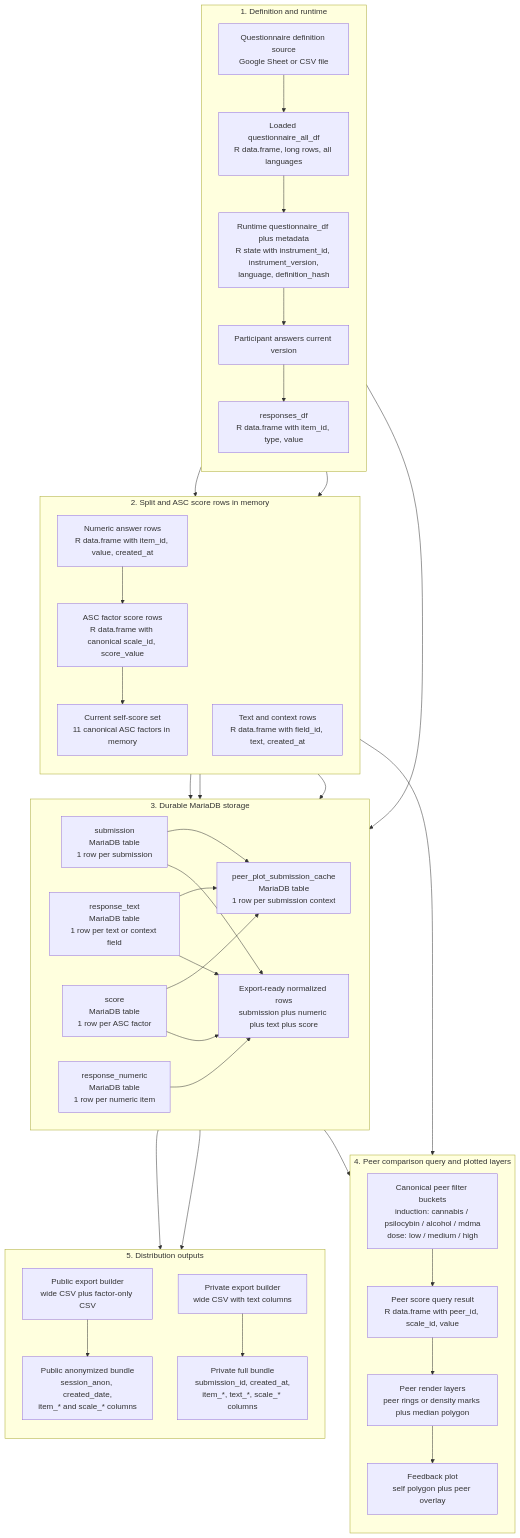
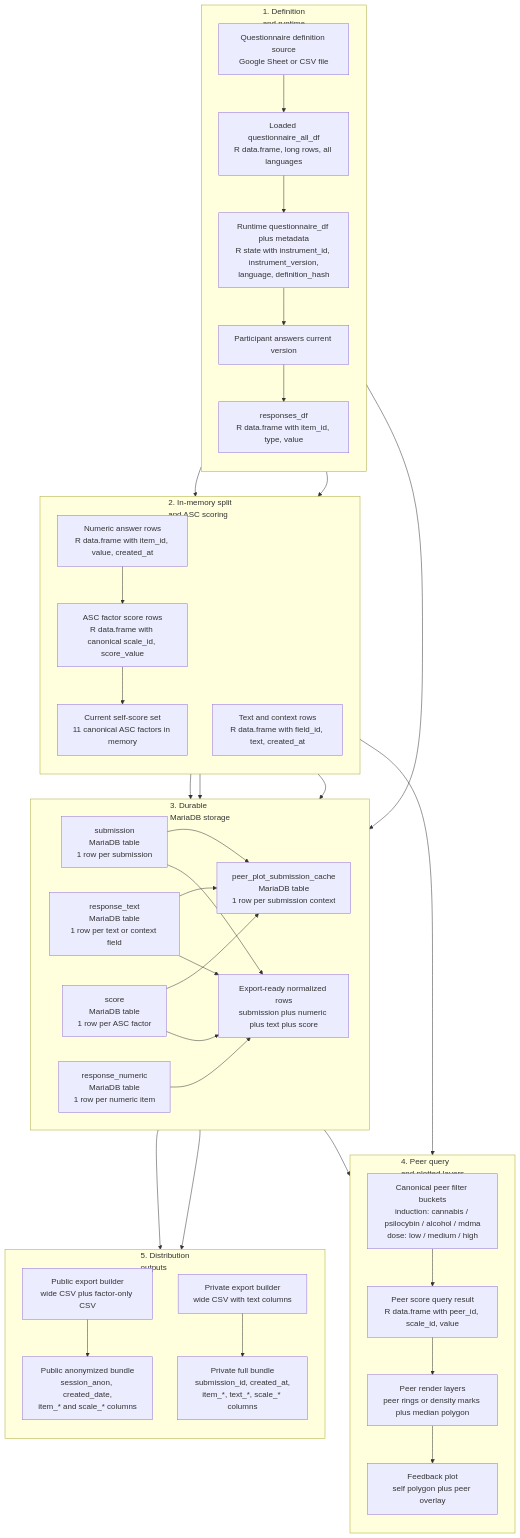
One commit to MesmerPrism/axp-mvp-survey-guide changed the diagram in docs/diagrams/value-lifecycle.mmd. Above: the diagram before and after it, drawn with Mermaid. The commit also changed 2 other files, not shown here.

Commit message:
Improve mermaid cluster headers

```diff
--- a/docs/diagrams/value-lifecycle.mmd
+++ b/docs/diagrams/value-lifecycle.mmd
@@ -1,82 +1,82 @@
 flowchart TD
-  subgraph Definition["1. Definition and runtime"]
+  subgraph Definition["1. Definition<br/>and runtime"]
     direction TB
     A["Questionnaire definition source<br/>Google Sheet or CSV file"] --> B["Loaded questionnaire_all_df<br/>R data.frame, long rows, all languages"]
     B --> C["Runtime questionnaire_df plus metadata<br/>R state with instrument_id, instrument_version,<br/>language, definition_hash"]
     C --> D["Participant answers current version"]
     D --> E["responses_df<br/>R data.frame with item_id, type, value"]
   end
 
-  subgraph Derived["2. Split and ASC score rows in memory"]
+  subgraph Derived["2. In-memory split<br/>and ASC scoring"]
     direction TB
     E --> F["Numeric answer rows<br/>R data.frame with item_id, value, created_at"]
     E --> G["Text and context rows<br/>R data.frame with field_id, text, created_at"]
     F --> H["ASC factor score rows<br/>R data.frame with canonical scale_id, score_value"]
     H --> I["Current self-score set<br/>11 canonical ASC factors in memory"]
   end
 
-  subgraph Store["3. Durable MariaDB storage"]
+  subgraph Store["3. Durable<br/>MariaDB storage"]
     direction LR
     K["submission<br/>MariaDB table<br/>1 row per submission"]
     L["response_numeric<br/>MariaDB table<br/>1 row per numeric item"]
     M["response_text<br/>MariaDB table<br/>1 row per text or context field"]
     N["score<br/>MariaDB table<br/>1 row per ASC factor"]
     O["peer_plot_submission_cache<br/>MariaDB table<br/>1 row per submission context"]
     X["Export-ready normalized rows<br/>submission plus numeric plus text plus score"]
 
     D --> K
     F --> L
     G --> M
     H --> N
     K --> O
     M --> O
     N --> O
     K --> X
     L --> X
     M --> X
     N --> X
   end
 
-  subgraph Peer["4. Peer comparison query and plotted layers"]
+  subgraph Peer["4. Peer query<br/>and plotted layers"]
     direction TB
     P["Canonical peer filter buckets<br/>induction: cannabis / psilocybin / alcohol / mdma<br/>dose: low / medium / high"]
     Q["Peer score query result<br/>R data.frame with peer_id, scale_id, value"]
     R["Peer render layers<br/>peer rings or density marks plus median polygon"]
     J["Feedback plot<br/>self polygon plus peer overlay"]
 
     O --> P --> Q --> R --> J
     I --> J
   end
 
-  subgraph Export["5. Distribution outputs"]
+  subgraph Export["5. Distribution<br/>outputs"]
     direction TB
     S["Public export builder<br/>wide CSV plus factor-only CSV"]
     T["Private export builder<br/>wide CSV with text columns"]
     U["Public anonymized bundle<br/>session_anon, created_date,<br/>item_* and scale_* columns"]
     V["Private full bundle<br/>submission_id, created_at,<br/>item_*, text_*, scale_* columns"]
 
     X --> S --> U
     X --> T --> V
   end
 
   click A href "__GUIDE_ROOT__/data-examples.html#definition-source" "Open definition source example"
   click B href "__GUIDE_ROOT__/data-examples.html#definition-source" "Open loaded questionnaire example"
   click C href "__GUIDE_ROOT__/data-examples.html#runtime-state" "Open runtime state example"
   click E href "__GUIDE_ROOT__/data-examples.html#responses-memory" "Open responses_df example"
   click F href "__GUIDE_ROOT__/data-examples.html#numeric-memory" "Open numeric rows example"
   click G href "__GUIDE_ROOT__/data-examples.html#text-memory" "Open text/context rows example"
   click H href "__GUIDE_ROOT__/data-examples.html#factor-scores" "Open ASC factor score example"
   click I href "__GUIDE_ROOT__/data-examples.html#factor-scores" "Open current self-score example"
   click K href "__GUIDE_ROOT__/data-examples.html#submission-table" "Open submission table example"
   click L href "__GUIDE_ROOT__/data-examples.html#response-numeric-table" "Open response_numeric example"
   click M href "__GUIDE_ROOT__/data-examples.html#response-text-table" "Open response_text example"
   click N href "__GUIDE_ROOT__/data-examples.html#score-table" "Open score table example"
   click O href "__GUIDE_ROOT__/data-examples.html#peer-cache" "Open peer cache example"
   click P href "__GUIDE_ROOT__/data-examples.html#peer-cache" "Open canonical peer bucket example"
   click Q href "__GUIDE_ROOT__/data-examples.html#peer-query" "Open peer score query example"
   click R href "__GUIDE_ROOT__/data-examples.html#peer-render" "Open plotted peer layer example"
   click J href "__GUIDE_ROOT__/data-examples.html#peer-render" "Open feedback render example"
   click S href "__GUIDE_ROOT__/data-examples.html#public-export" "Open public export example"
   click T href "__GUIDE_ROOT__/data-examples.html#private-export" "Open private export example"
   click U href "__GUIDE_ROOT__/data-examples.html#public-export" "Open public bundle example"
   click V href "__GUIDE_ROOT__/data-examples.html#private-export" "Open private bundle example"
```
